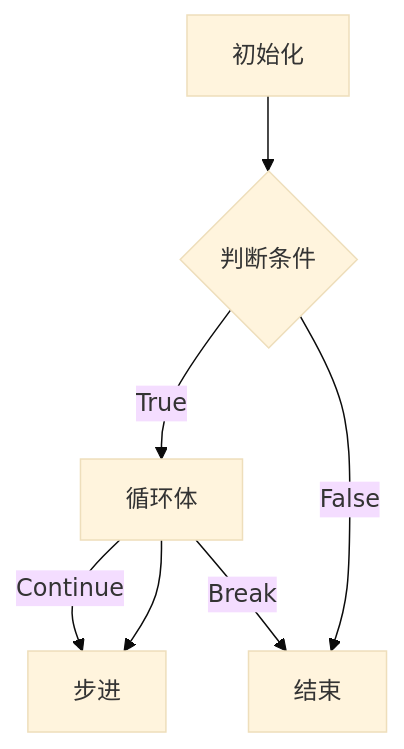
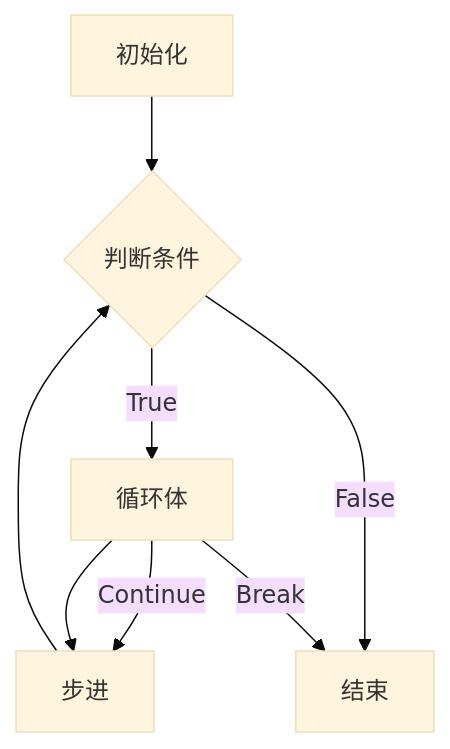
The diagram in 5.2/README.md (henan-wq/learn_c), drawn with Mermaid (base theme) before and after one commit. The commit also changed other lines of this file, not shown here.

````diff
--- a/5.2/README.md
+++ b/5.2/README.md
@@ -59,9 +61,10 @@
 ```mermaid
 graph TD
 a[初始化] --> b{判断条件}
 	b --> |True|c[循环体]
 	c --> |Continue|d[步进]
 	c --> d
 	b --> |False|e[结束]
 	c --> |Break|e
+	d --> b
 ```
````
